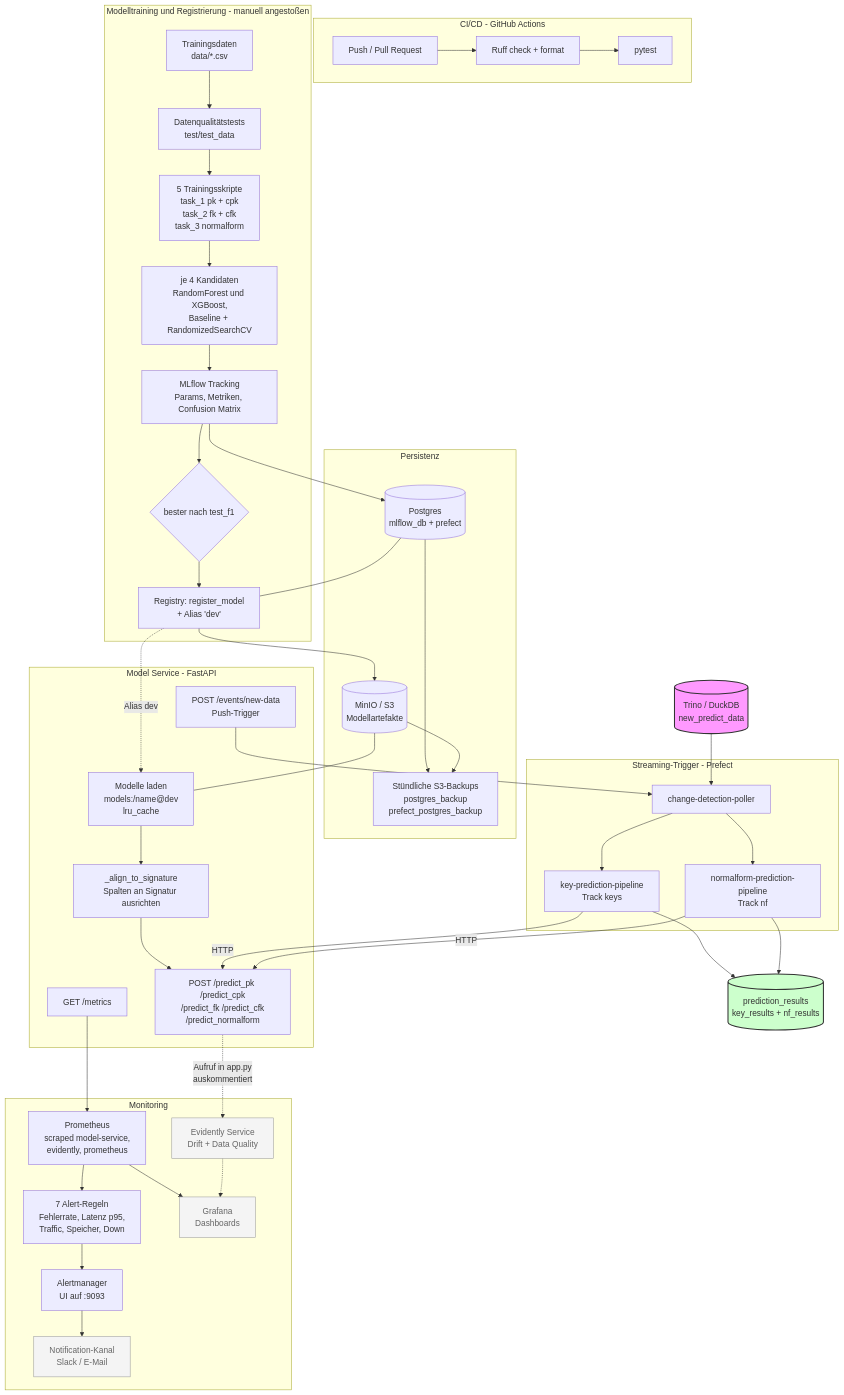
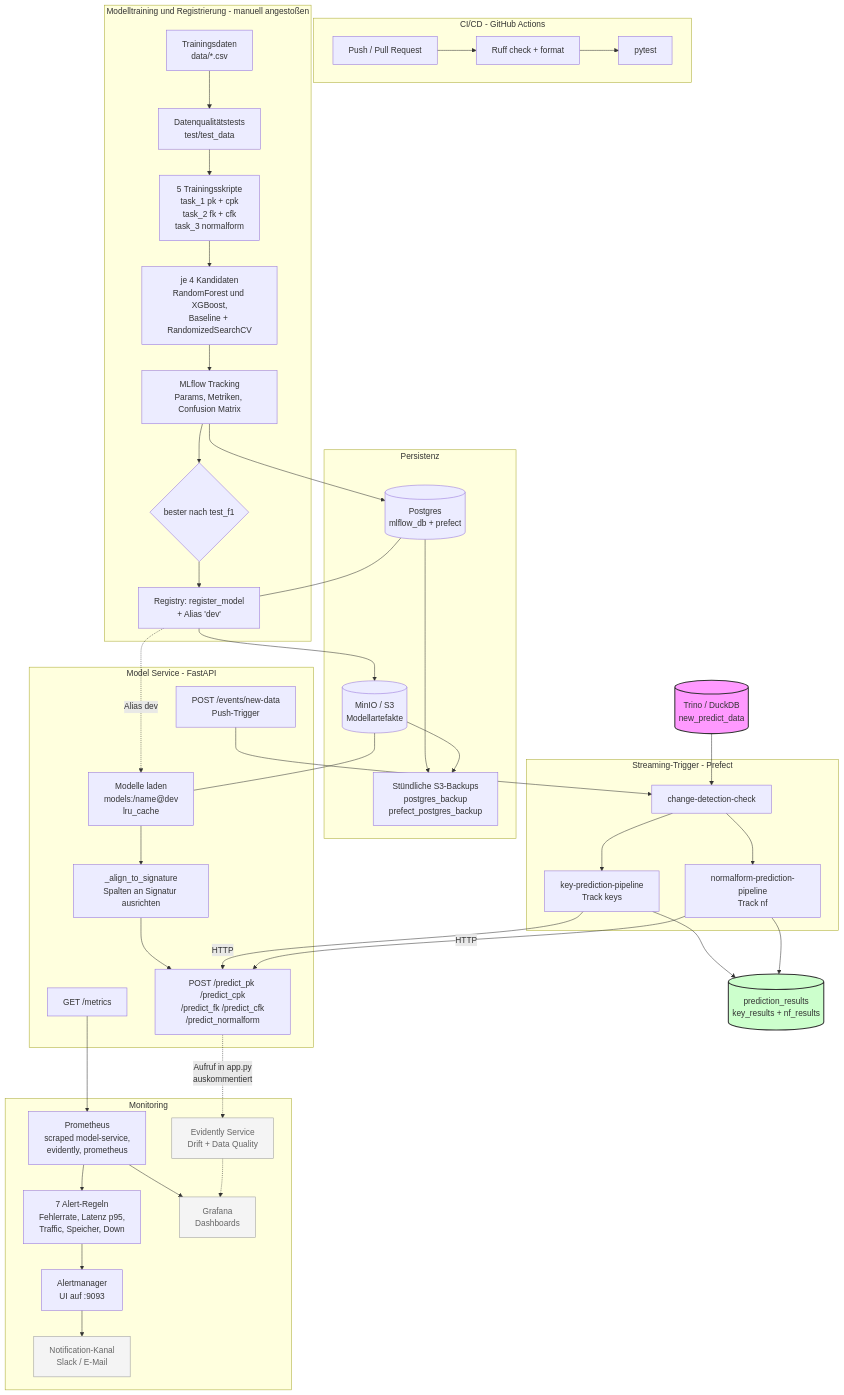
One commit to ChrDro/mlops-alligator-metaswamp changed the first of 3 diagrams in documentation/flowchart.md. Above: the diagram before and after it, drawn with Mermaid. The commit also changed other lines of this file and 28 other files, not shown here.

Commit message:
Added pytest to pre-commit, renamed test_curl_notify_new_data.sh to trigger_prefect_pipeline.sh, change name of task change-detection-poller to change-detection-check

````diff
--- a/documentation/flowchart.md
+++ b/documentation/flowchart.md
@@ -13,75 +13,75 @@
 ```mermaid
 graph TD
     subgraph CI["CI/CD - GitHub Actions"]
         PUSH["Push / Pull Request"] --> LINT["Ruff check + format"]
         LINT --> PYTEST["pytest"]
     end
 
     subgraph TRAIN["Modelltraining und Registrierung - manuell angestoßen"]
         TRAINDATA["Trainingsdaten<br/>data/*.csv"] --> DQ["Datenqualitätstests<br/>test/test_data"]
         DQ --> SCRIPTS["5 Trainingsskripte<br/>task_1 pk + cpk<br/>task_2 fk + cfk<br/>task_3 normalform"]
         SCRIPTS --> CAND["je 4 Kandidaten<br/>RandomForest und XGBoost,<br/>Baseline + RandomizedSearchCV"]
         CAND --> TRACK["MLflow Tracking<br/>Params, Metriken, Confusion Matrix"]
         TRACK --> BEST{"bester nach test_f1"}
         BEST --> REG["Registry: register_model<br/>+ Alias 'dev'"]
     end
 
     subgraph PERSIST["Persistenz"]
         PGDB[("Postgres<br/>mlflow_db + prefect")]
         MINIO[("MinIO / S3<br/>Modellartefakte")]
         BACKUP["Stündliche S3-Backups<br/>postgres_backup<br/>prefect_postgres_backup"]
         PGDB --> BACKUP
         MINIO --> BACKUP
     end
 
     TRACK --> PGDB
     REG --> MINIO
 
     subgraph SERVE["Model Service - FastAPI"]
         LOAD["Modelle laden<br/>models:/name@dev<br/>lru_cache"]
         ALIGN["_align_to_signature<br/>Spalten an Signatur ausrichten"]
         EP["POST /predict_pk /predict_cpk<br/>/predict_fk /predict_cfk<br/>/predict_normalform"]
         HOOK["POST /events/new-data<br/>Push-Trigger"]
         METRICS["GET /metrics"]
         LOAD --> ALIGN --> EP
     end
 
     REG -.->|"Alias dev"| LOAD
     PGDB --- REG
     MINIO --- LOAD
 
     subgraph STREAM["Streaming-Trigger - Prefect"]
-        DETECT["change-detection-poller"]
+        DETECT["change-detection-check"]
         PKFK["key-prediction-pipeline<br/>Track keys"]
         NF["normalform-prediction-pipeline<br/>Track nf"]
     end
 
     SRC[("Trino / DuckDB<br/>new_predict_data")] --> DETECT
     HOOK --> DETECT
     DETECT --> PKFK
     DETECT --> NF
     PKFK -->|"HTTP"| EP
     NF -->|"HTTP"| EP
     PKFK --> RESULTS[("prediction_results<br/>key_results + nf_results")]
     NF --> RESULTS
 
     subgraph MON["Monitoring"]
         PROM["Prometheus<br/>scraped model-service,<br/>evidently, prometheus"]
         ALERTS["7 Alert-Regeln<br/>Fehlerrate, Latenz p95,<br/>Traffic, Speicher, Down"]
         AM["Alertmanager<br/>UI auf :9093"]
         NOTIFY["Notification-Kanal<br/>Slack / E-Mail"]
         GRAF["Grafana<br/>Dashboards"]
         EVID["Evidently Service<br/>Drift + Data Quality"]
         PROM --> ALERTS --> AM --> NOTIFY
         PROM --> GRAF
     end
 
     METRICS --> PROM
     EP -.->|"Aufruf in app.py<br/>auskommentiert"| EVID
     EVID -.-> GRAF
 
     classDef offen fill:#f4f4f4,stroke:#999,stroke-width:1px,color:#666
     class NOTIFY,GRAF,EVID offen
     style SRC fill:#f9f,stroke:#333,stroke-width:2px
     style RESULTS fill:#cfc,stroke:#333,stroke-width:2px
 ```
````
